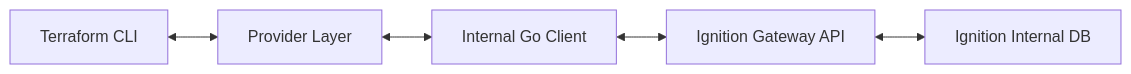
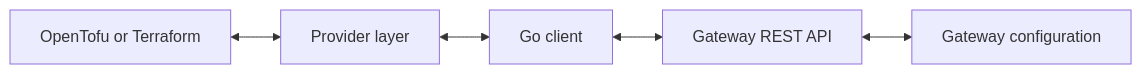
One commit to Apollogeddon/ignition-tfpl changed the diagram in webpage/src/content/docs/guides/architecture.md. Above: the diagram before and after it, drawn with Mermaid. The commit also changed other lines of this file and 6 other files, not shown here.

````diff
--- a/webpage/src/content/docs/guides/architecture.md
+++ b/webpage/src/content/docs/guides/architecture.md
@@ -12,7 +12,7 @@
 ```mermaid
 flowchart LR
-    TF[Terraform CLI] <--> Provider[Provider Layer]
-    Provider <--> Client[Internal Go Client]
-    Client <--> API[Ignition Gateway API]
-    API <--> Config[Ignition Internal DB]
+    CLI[OpenTofu or Terraform] <--> Provider[Provider layer]
+    Provider <--> Client[Go client]
+    Client <--> API[Gateway REST API]
+    API <--> Config[Gateway configuration]
 ```
````
